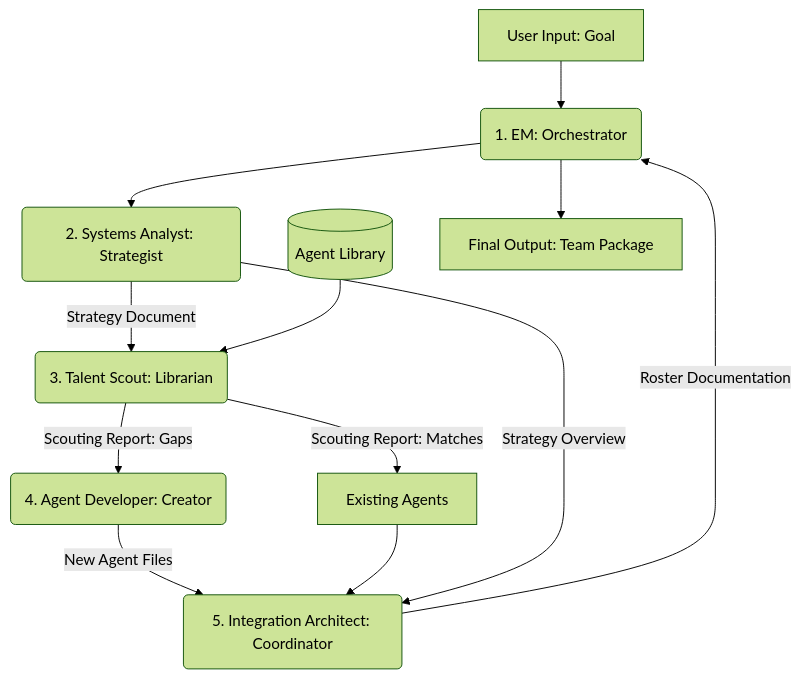
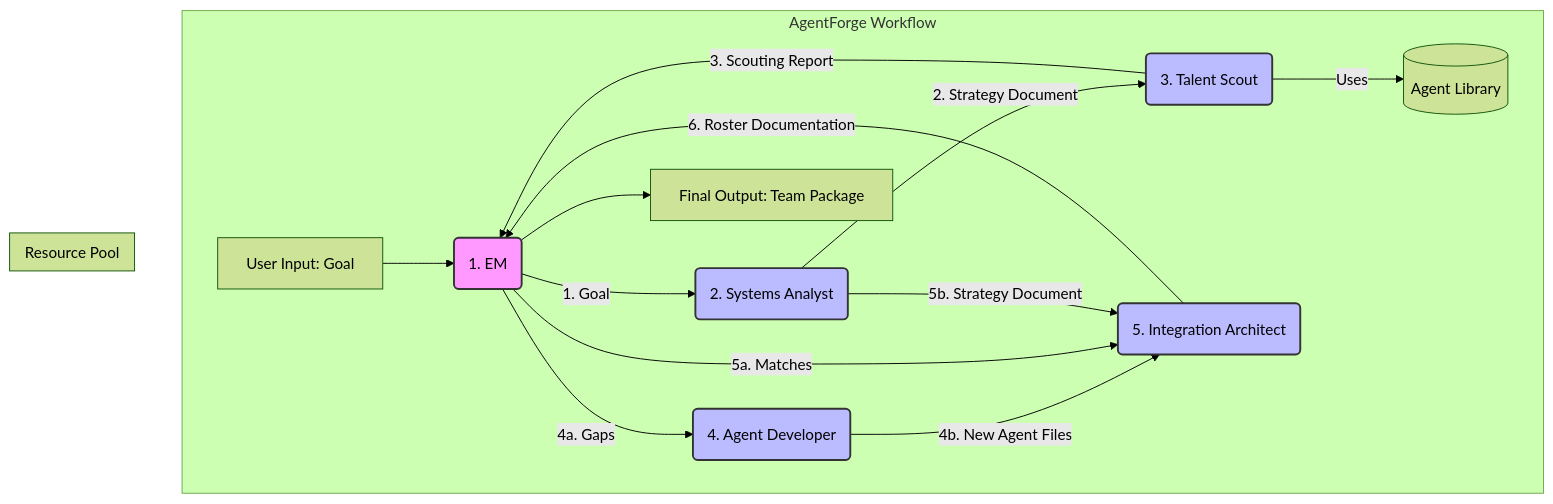
Before and after one commit to delorenj/agent-forge: the diagram in PRD.md, drawn with Mermaid (forest theme). The commit also changed other lines of this file and 55 other files, not shown here.

````diff
--- a/PRD.md
+++ b/PRD.md
@@ -117,14 +99,27 @@
 ```mermaid
 graph TD
-    A[User Input: Goal] --> B(1. EM: Orchestrator);
-    B --> C(2. Systems Analyst: Strategist);
-    C -- Strategy Document --> D(3. Talent Scout: Librarian);
-    E[(Agent Library)] --> D;
-    D -- Scouting Report: Gaps --> F(4. Agent Developer: Creator);
-    D -- Scouting Report: Matches --> G[Existing Agents];
-    F -- New Agent Files --> H(5. Integration Architect: Coordinator);
-    G --> H;
-    C -- Strategy Overview --> H;
-    H -- Roster Documentation --> B;
-    B --> I[Final Output: Team Package];
+    subgraph "AgentForge Workflow"
+        direction LR
+        A[User Input: Goal] --> B(1. EM);
+        B -- "1. Goal" --> C(2. Systems Analyst);
+        C -- "2. Strategy Document" --> D(3. Talent Scout);
+        D -- "Uses" --> E[(Agent Library)];
+        D -- "3. Scouting Report" --> B;
+        B -- "4a. Gaps" --> F(4. Agent Developer);
+        F -- "4b. New Agent Files" --> H(5. Integration Architect);
+        B -- "5a. Matches" --> H;
+        C -- "5b. Strategy Document" --> H;
+        H -- "6. Roster Documentation" --> B;
+        B --> I[Final Output: Team Package];
+    end
+
+    subgraph "Resource Pool"
+        E
+    end
+
+    style B fill:#f9f,stroke:#333,stroke-width:2px
+    style C fill:#bbf,stroke:#333,stroke-width:2px
+    style D fill:#bbf,stroke:#333,stroke-width:2px
+    style F fill:#bbf,stroke:#333,stroke-width:2px
+    style H fill:#bbf,stroke:#333,stroke-width:2px
 ```
````
